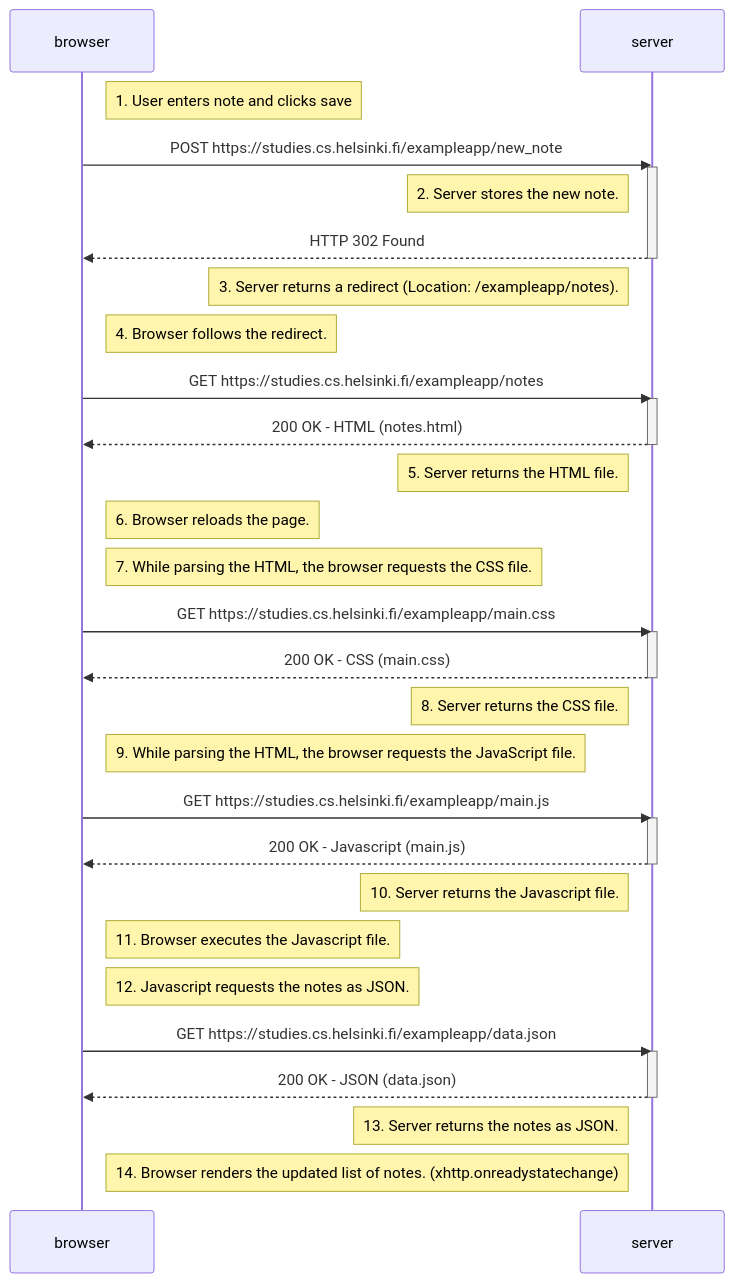
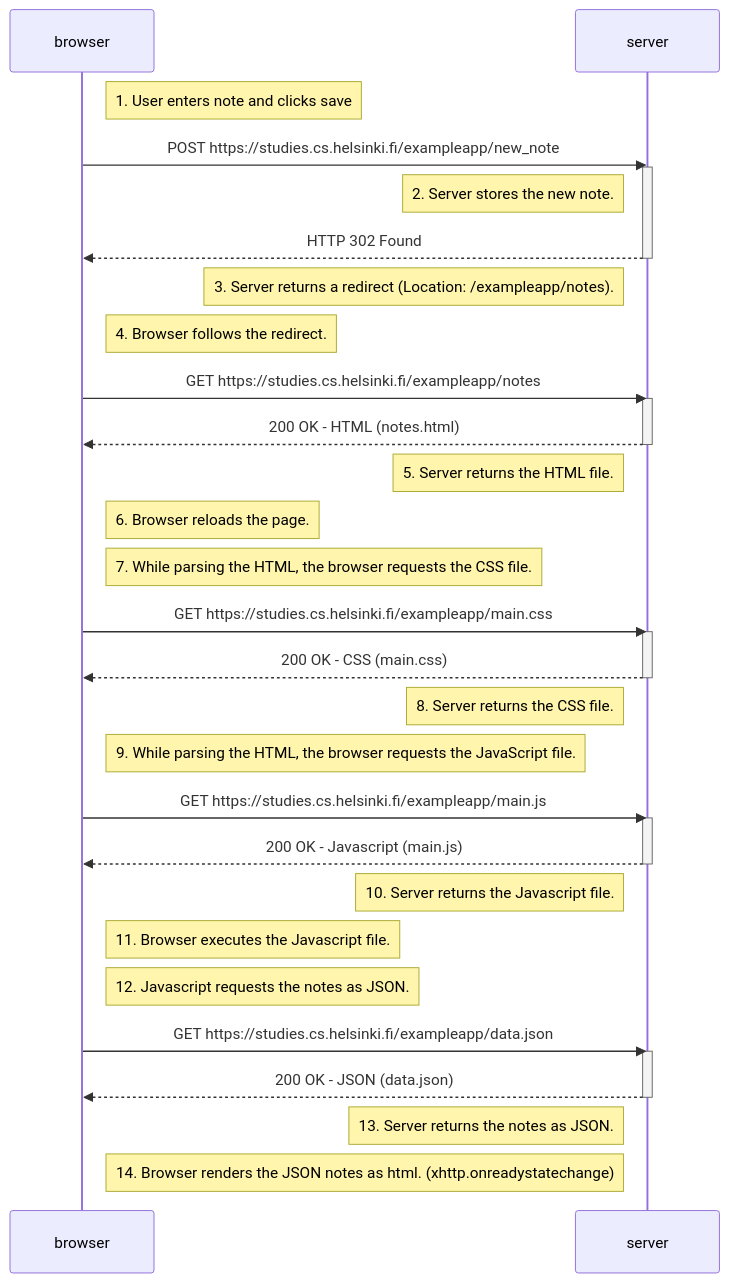
The diagram in osa0/0.4.md (DrFinger2/fullstackopen-2026), drawn with Mermaid before and after one commit.

````diff
--- a/osa0/0.4.md
+++ b/osa0/0.4.md
@@ -1,47 +1,47 @@
 ```mermaid
 sequenceDiagram
     participant browser
     participant server
 
     Note right of browser: 1. User enters note and clicks save
     browser->>server: POST https://studies.cs.helsinki.fi/exampleapp/new_note
     activate server
     Note left of server: 2. Server stores the new note.
     server-->>browser: HTTP 302 Found
     deactivate server
     Note left of server: 3. Server returns a redirect (Location: /exampleapp/notes).
 
     Note right of browser: 4. Browser follows the redirect.
     browser->>server: GET https://studies.cs.helsinki.fi/exampleapp/notes
     activate server
     server-->>browser: 200 OK - HTML (notes.html)
     deactivate server
     Note left of server: 5. Server returns the HTML file.
 
     Note right of browser: 6. Browser reloads the page.
 
     Note right of browser: 7. While parsing the HTML, the browser requests the CSS file.
     browser->>server: GET https://studies.cs.helsinki.fi/exampleapp/main.css
     activate server
     server-->>browser: 200 OK - CSS (main.css)
     deactivate server
     Note left of server: 8. Server returns the CSS file.
 
     Note right of browser: 9. While parsing the HTML, the browser requests the JavaScript file.
     browser->>server: GET https://studies.cs.helsinki.fi/exampleapp/main.js
     activate server
     server-->>browser: 200 OK - Javascript (main.js)
     deactivate server
     Note left of server: 10. Server returns the Javascript file.
 
     Note right of browser: 11. Browser executes the Javascript file.
 
     Note right of browser: 12. Javascript requests the notes as JSON.
     browser->>server: GET https://studies.cs.helsinki.fi/exampleapp/data.json
     activate server
     server-->>browser: 200 OK - JSON (data.json)
     deactivate server
     Note left of server: 13. Server returns the notes as JSON.
 
-    Note right of browser: 14. Browser renders the updated list of notes. (xhttp.onreadystatechange)
+    Note right of browser: 14. Browser renders the JSON notes as html. (xhttp.onreadystatechange)
 ```
````
